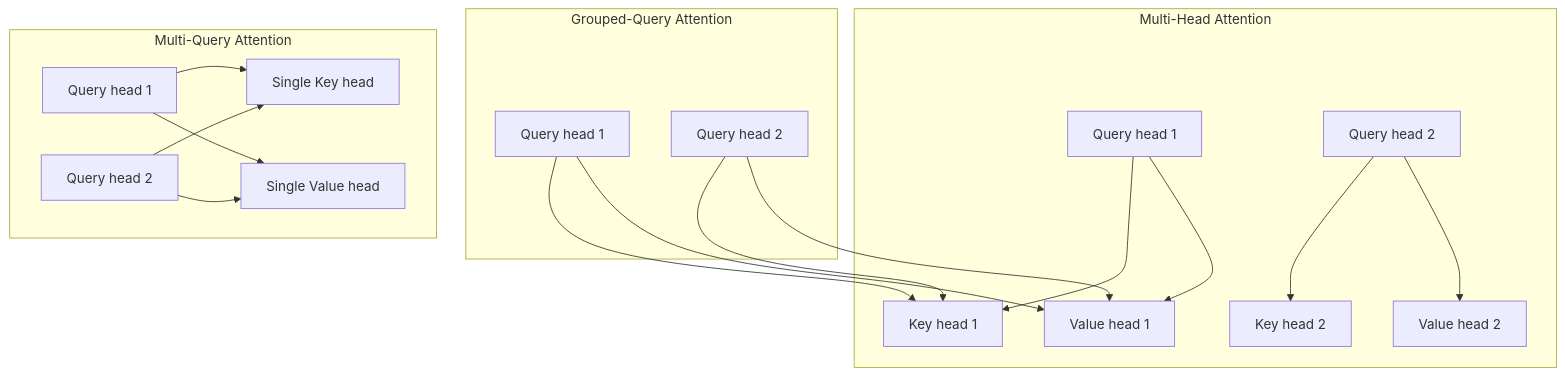
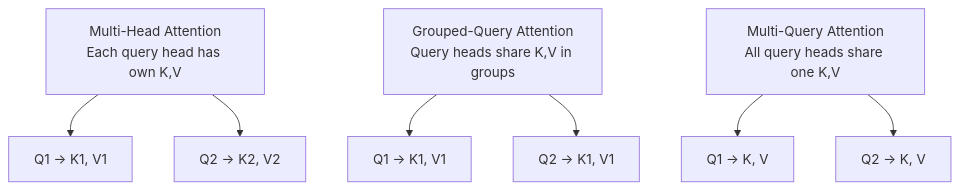
One commit to Shahriarin2garden/vllm_from_scratch changed diagram 17 of 37 in lab0.2/README.md. Above: the diagram before and after it, drawn with Mermaid. The commit also changed other lines of this file, not shown here.

Commit message:
Refactor diagrams in README.md for improved clarity and consistency

````diff
--- a/lab0.2/README.md
+++ b/lab0.2/README.md
@@ -579,15 +512,14 @@
 ```mermaid
-graph TD
-    subgraph MHA[Multi-Head Attention]
-        Q1[Query head 1] --> K1[Key head 1] & V1[Value head 1]
-        Q2[Query head 2] --> K2[Key head 2] & V2[Value head 2]
-    end
-    subgraph GQA[Grouped-Query Attention]
-        GQ1[Query head 1] --> K1[Key head 1] & V1[Value head 1]
-        GQ2[Query head 2] --> K1 & V1
-    end
-    subgraph MQA[Multi-Query Attention]
-        MQ1[Query head 1] --> K[Single Key head] & V[Single Value head]
-        MQ2[Query head 2] --> K & V
-    end
+graph TB
+    MHA["Multi-Head Attention<br/>Each query head has own K,V"]
+    MHA --> MHA1["Q1 → K1, V1"]
+    MHA --> MHA2["Q2 → K2, V2"]
+    
+    GQA["Grouped-Query Attention<br/>Query heads share K,V in groups"]
+    GQA --> GQA1["Q1 → K1, V1"]
+    GQA --> GQA2["Q2 → K1, V1"]
+    
+    MQA["Multi-Query Attention<br/>All query heads share one K,V"]
+    MQA --> MQA1["Q1 → K, V"]
+    MQA --> MQA2["Q2 → K, V"]
 ```
````
